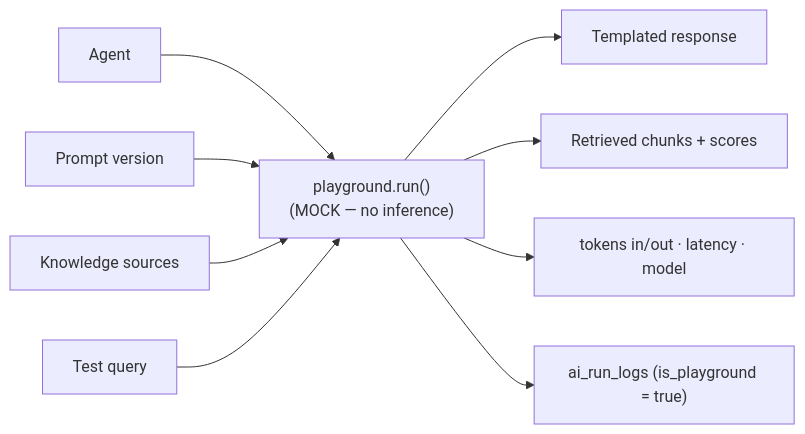
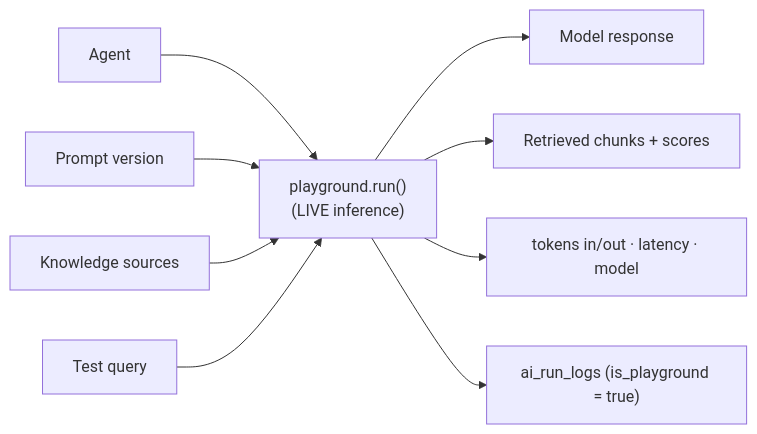
The fifth of 6 diagrams in docs/architecture/13-ai-platform.md (jayjay77uk/Juice-doctor), drawn with Mermaid before and after one commit. The commit also changed other lines of this file and 84 other files, not shown here.

````diff
--- a/docs/architecture/13-ai-platform.md
+++ b/docs/architecture/13-ai-platform.md
@@ -279,11 +277,11 @@
 ```mermaid
 flowchart LR
   A["Agent"] --> R
   P["Prompt version"] --> R
   K["Knowledge sources"] --> R
   Q["Test query"] --> R
-  R["playground.run()<br/>(MOCK — no inference)"] --> O["Templated response"]
+  R["playground.run()<br/>(LIVE inference)"] --> O["Model response"]
   R --> C["Retrieved chunks + scores"]
   R --> M["tokens in/out · latency · model"]
   R --> L["ai_run_logs (is_playground = true)"]
 ```
````
